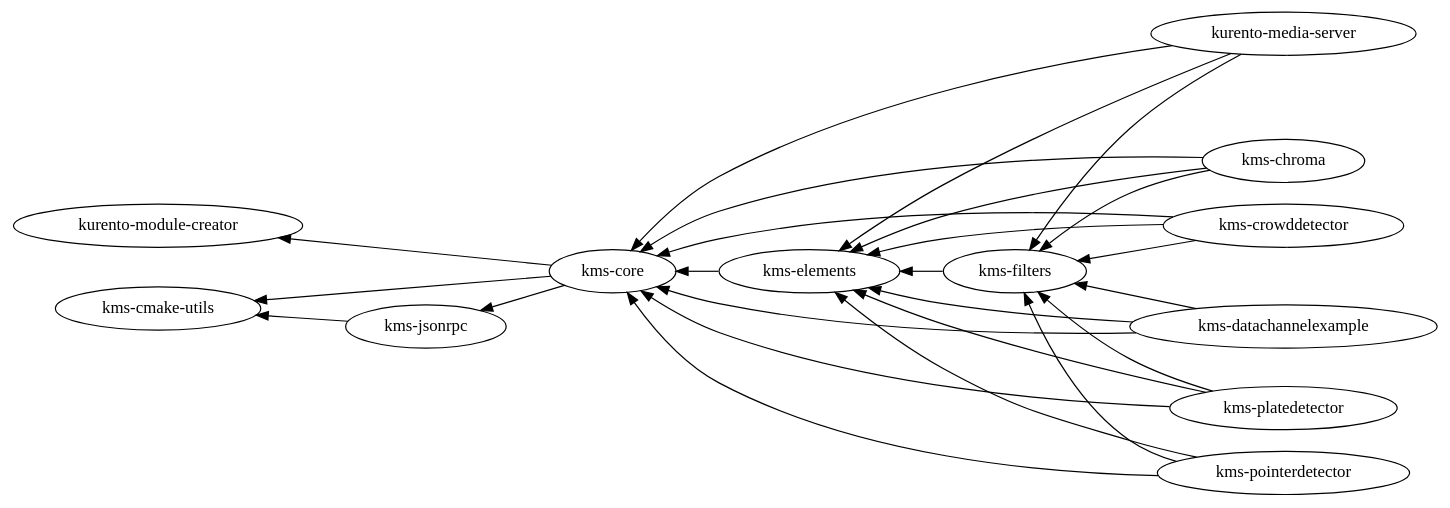
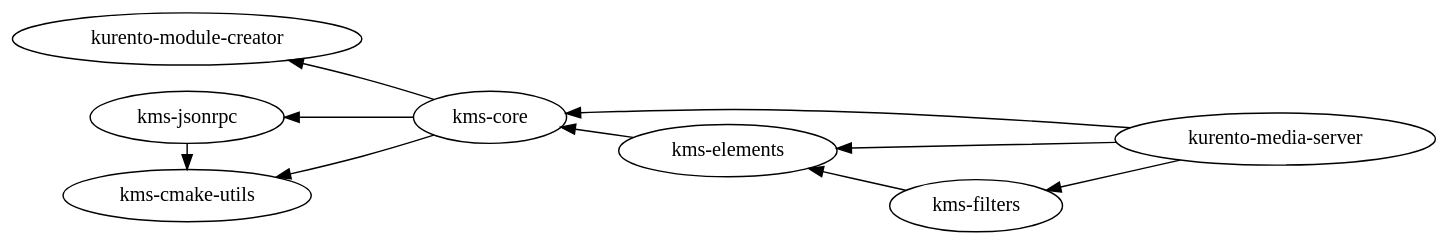
Before and after one commit to Kurento/kurento: the diagram in source/images/graphs/dependencies-kms.dot, drawn with Graphviz. The commit also changed 8 other files, not shown here.

```diff
--- a/source/images/graphs/dependencies-kms.dot
+++ b/source/images/graphs/dependencies-kms.dot
@@ -1,27 +1,29 @@
 digraph dependencies_kms {
   bgcolor = "transparent";
   fontname = "Bitstream Vera Sans";
   fontsize = 8;
   size = "12,8";
 
   rankdir = "RL";
 
-  // KMS main components
+  // Main components.
   {
     rank = "same";
     "kurento-module-creator";
     "kms-cmake-utils";
+    "kms-jsonrpc";
   }
   "kms-jsonrpc" -> "kms-cmake-utils";
   "kms-core" -> {"kurento-module-creator" "kms-cmake-utils" "kms-jsonrpc"};
   "kms-elements" -> "kms-core";
   "kms-filters" -> "kms-elements";
   "kurento-media-server" -> {"kms-core" "kms-elements" "kms-filters"};
 
-  // KMS extra modules
-  "kms-chroma" -> {"kms-core" "kms-elements" "kms-filters"};
-  "kms-crowddetector" -> {"kms-core" "kms-elements" "kms-filters"};
-  "kms-datachannelexample" -> {"kms-core" "kms-elements" "kms-filters"};
-  "kms-platedetector" -> {"kms-core" "kms-elements" "kms-filters"};
-  "kms-pointerdetector" -> {"kms-core" "kms-elements" "kms-filters"};
+  // Extra modules.
+  // Build disabled on Ubuntu >= 20.04 (due to breaking changes in OpenCV 4.0).
+  //"kms-chroma" -> {"kms-core" "kms-elements" "kms-filters"};
+  //"kms-crowddetector" -> {"kms-core" "kms-elements" "kms-filters"};
+  //"kms-datachannelexample" -> {"kms-core" "kms-elements" "kms-filters"};
+  //"kms-platedetector" -> {"kms-core" "kms-elements" "kms-filters"};
+  //"kms-pointerdetector" -> {"kms-core" "kms-elements" "kms-filters"};
 }
```
